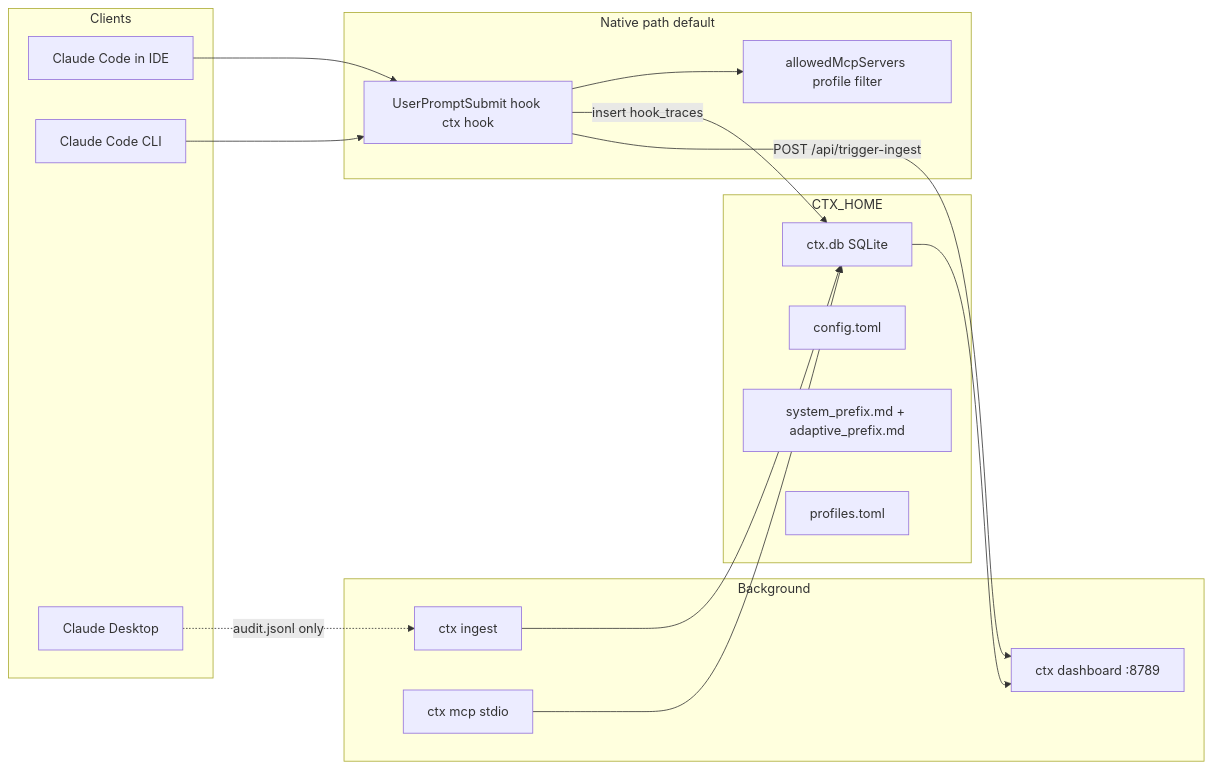
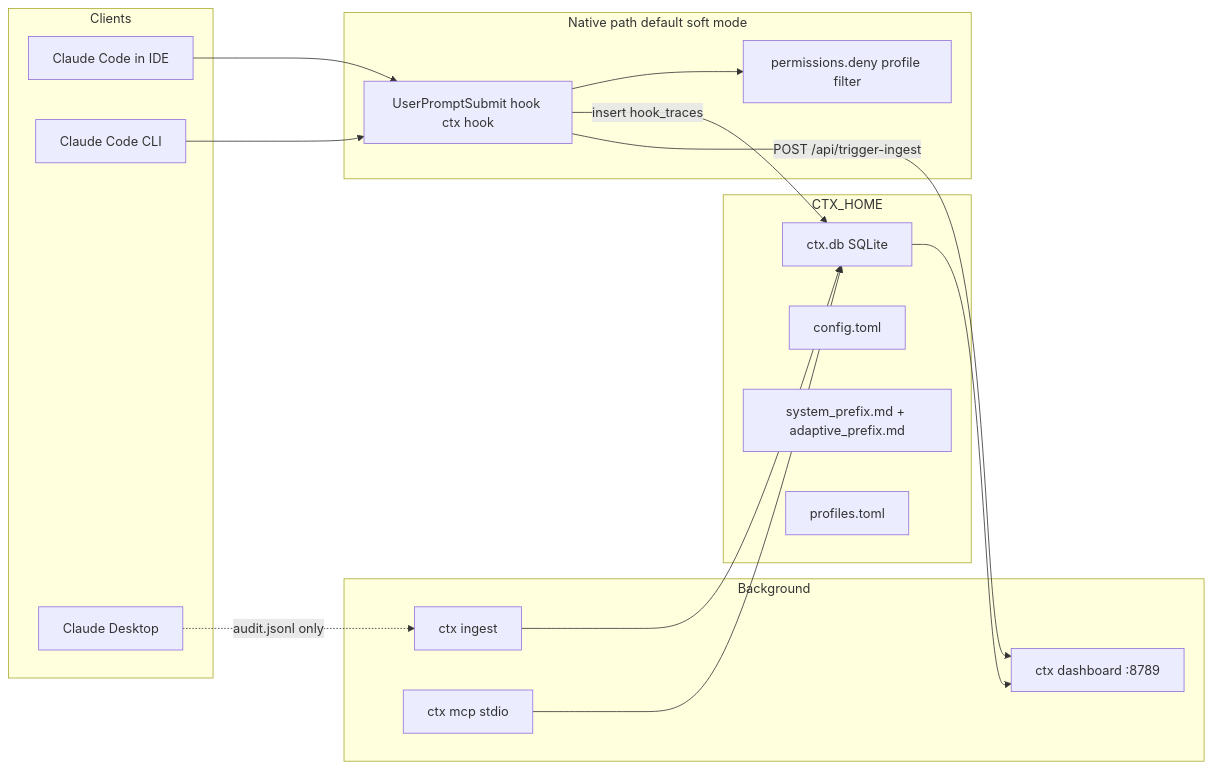
One commit to saurabh0392/ctx changed the diagram in ARCHITECTURE.md. Above: the diagram before and after it, drawn with Mermaid. The commit also changed other lines of this file and 79 other files, not shown here.

First line of the commit message:
feat: tool-level profiles, soft filter, dashboard overhaul, and dogfood hooks

````diff
--- a/ARCHITECTURE.md
+++ b/ARCHITECTURE.md
@@ -7,33 +9,33 @@
 ```mermaid
 flowchart LR
   subgraph clients [Clients]
     CC_IDE["Claude Code in IDE"]
     CC_CLI["Claude Code CLI"]
     Desktop["Claude Desktop"]
   end
-  subgraph native [Native path default]
+  subgraph native [Native path default soft mode]
     Hooks["UserPromptSubmit hook ctx hook"]
-    Allow["allowedMcpServers profile filter"]
+    Deny["permissions.deny profile filter"]
   end
   subgraph data [CTX_HOME]
     DB["ctx.db SQLite"]
     Config["config.toml"]
     Prefix["system_prefix.md + adaptive_prefix.md"]
     Profiles["profiles.toml"]
   end
   subgraph services [Background]
     Dashboard["ctx dashboard :8789"]
     Ingest["ctx ingest"]
     MCP["ctx mcp stdio"]
   end
 
   CC_IDE --> Hooks
   CC_CLI --> Hooks
-  Hooks --> Allow
+  Hooks --> Deny
   Hooks -->|"insert hook_traces"| DB
   Hooks -->|"POST /api/trigger-ingest"| Dashboard
   Ingest --> DB
   DB --> Dashboard
   MCP --> DB
   Desktop -.->|"audit.jsonl only"| Ingest
 ```
````
